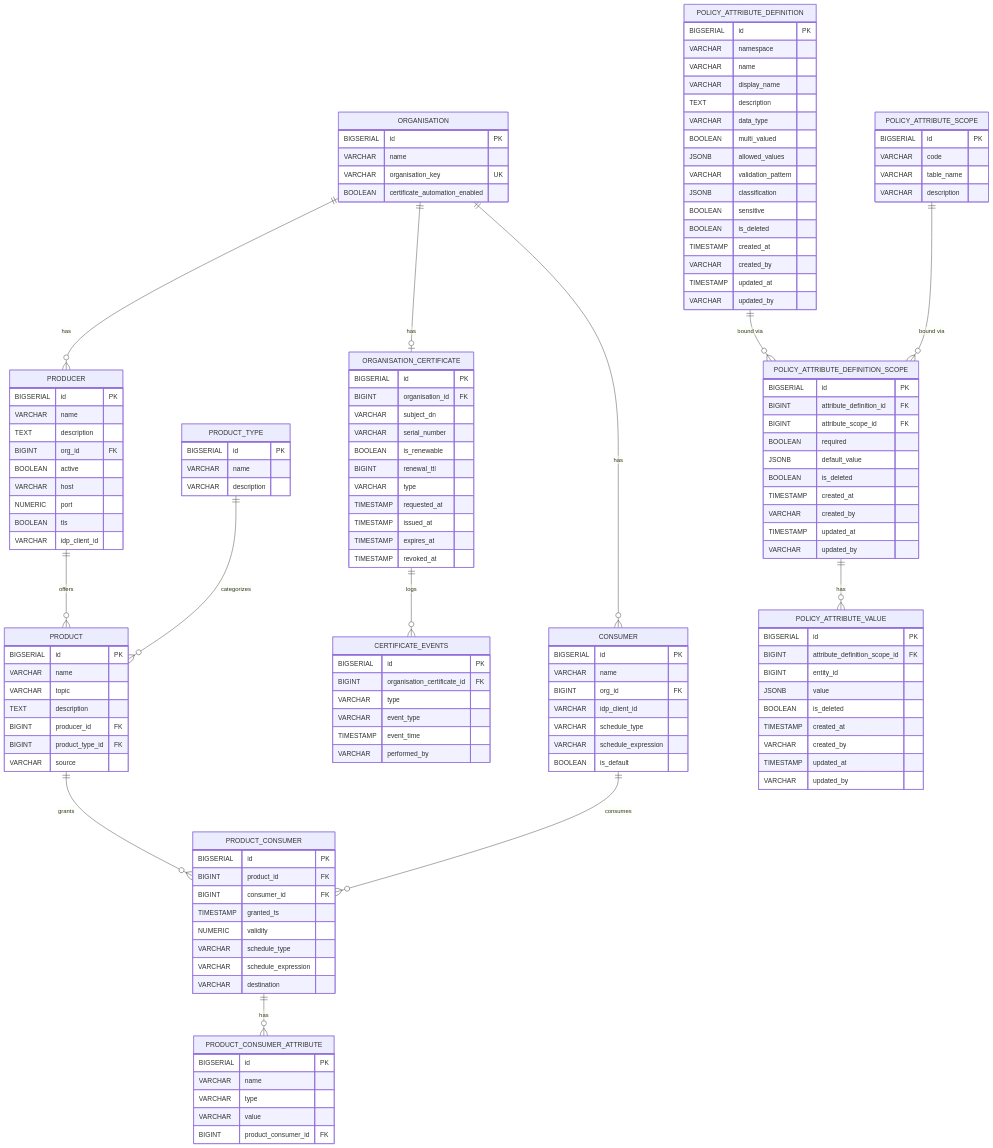
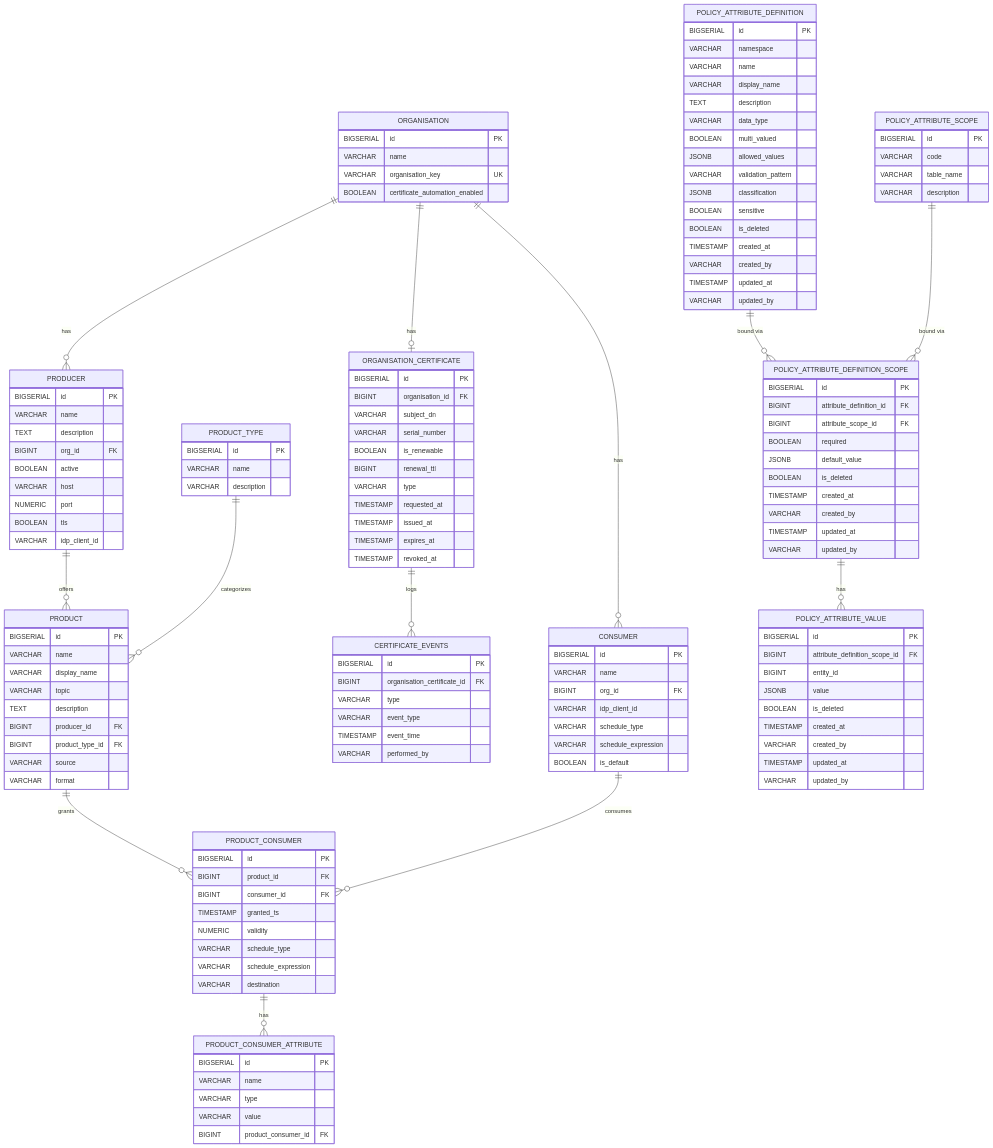
One commit to National-Node-Net/management-node changed the diagram in docs/DATABASE_SCHEMA.md. Above: the diagram before and after it, drawn with Mermaid. The commit also changed other lines of this file and 26 other files, not shown here.

First line of the commit message:
feat(discovery): add support for `isOwnProduct`, `displayName`, and `format` fields in product discovery

```diff
--- a/docs/DATABASE_SCHEMA.md
+++ b/docs/DATABASE_SCHEMA.md
@@ -78,11 +78,13 @@
   PRODUCT {
     BIGSERIAL id PK
     VARCHAR name
+    VARCHAR display_name
     VARCHAR topic
     TEXT description
     BIGINT producer_id FK
     BIGINT product_type_id FK
     VARCHAR source
+    VARCHAR format
   }
   PRODUCT_CONSUMER {
     BIGSERIAL id PK
```
